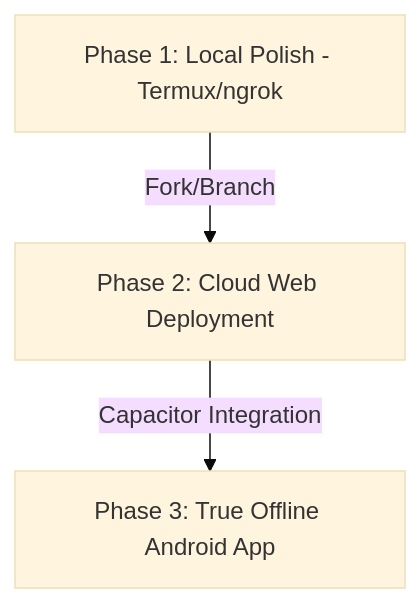
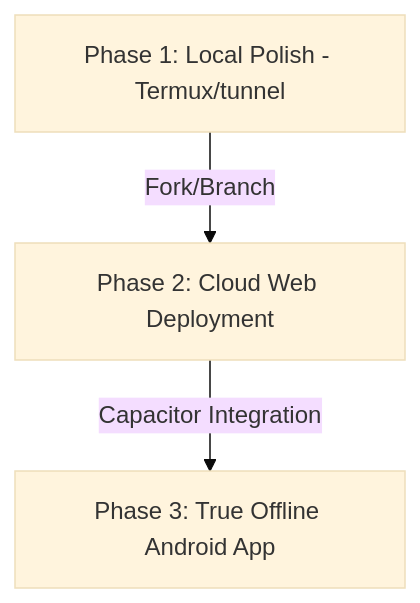
The diagram in plan-progress.md (iillaa/med), drawn with Mermaid (base theme) before and after one commit. The commit also changed 29 other files, not shown here.

First line of the commit message:
feat: provider-agnostic architecture, startup fixes, security hardening

````diff
--- a/plan-progress.md
+++ b/plan-progress.md
@@ -12,5 +12,5 @@
 ```mermaid
 graph TD
-    P1[Phase 1: Local Polish - Termux/ngrok] -->|Fork/Branch| P2[Phase 2: Cloud Web Deployment]
+    P1[Phase 1: Local Polish - Termux/tunnel] -->|Fork/Branch| P2[Phase 2: Cloud Web Deployment]
     P2 -->|Capacitor Integration| P3[Phase 3: True Offline Android App]
 ```
````
